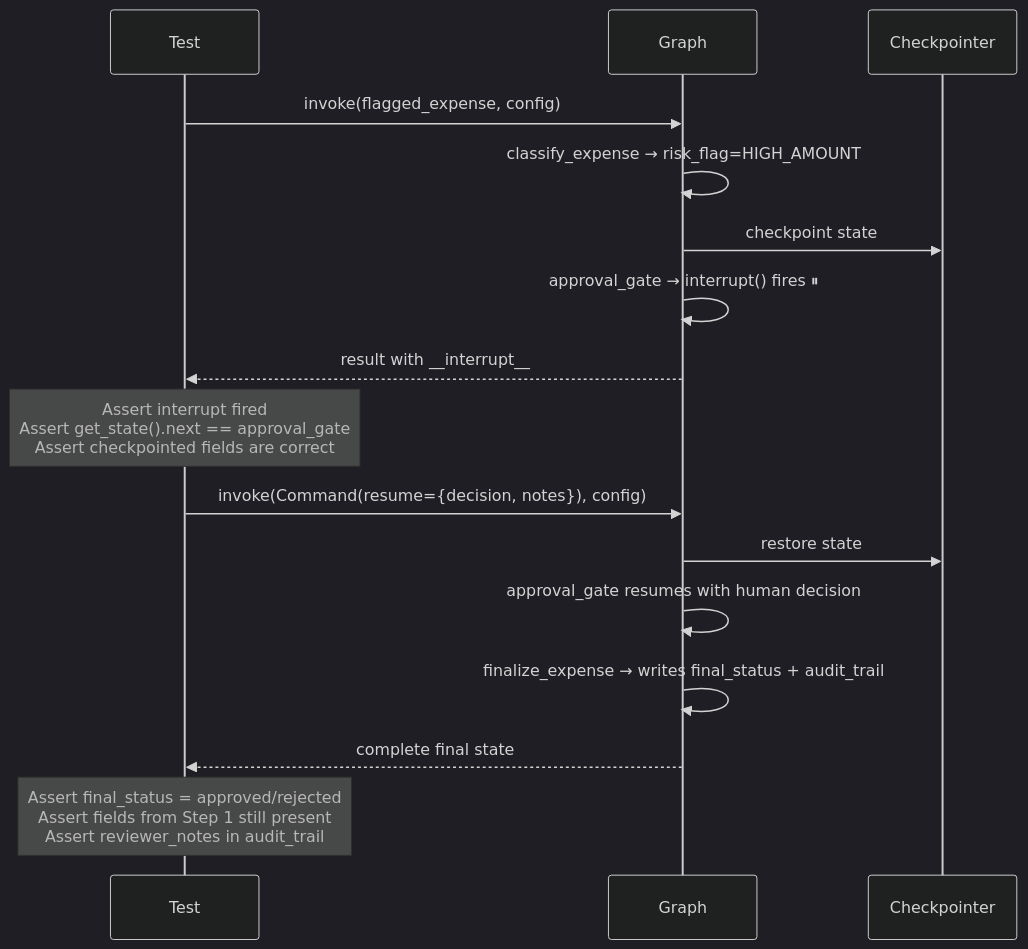
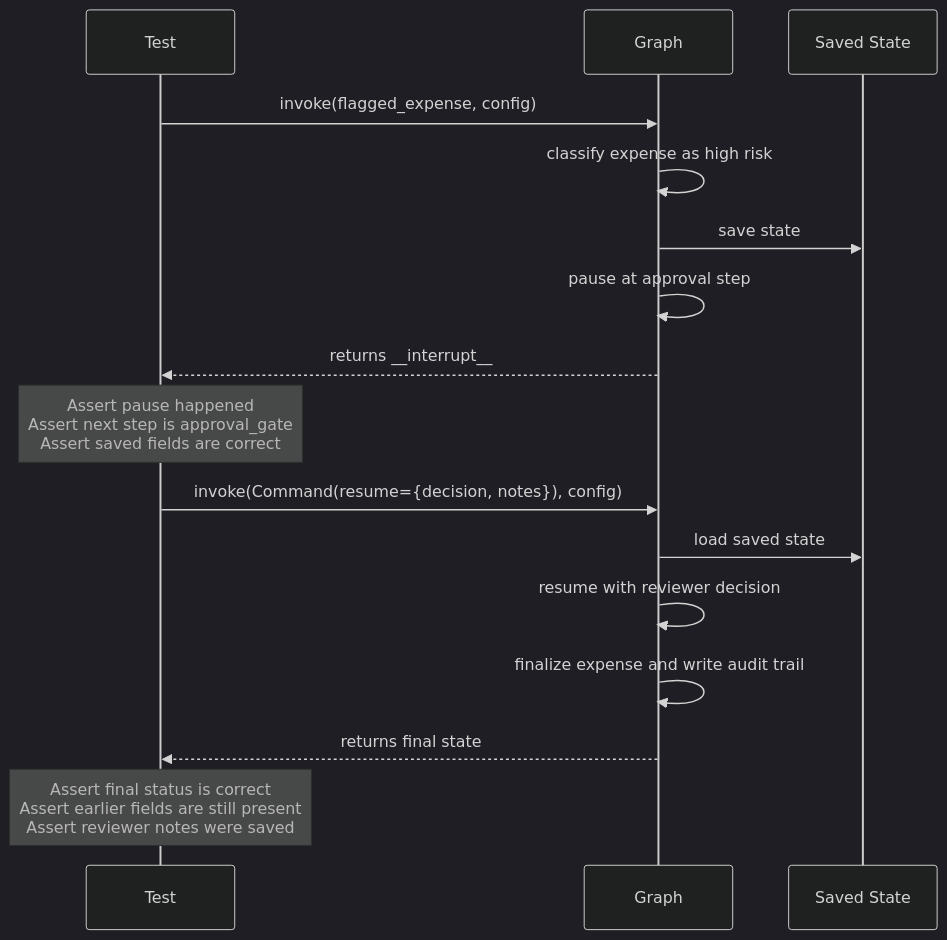
One commit to mohitagr18/langgraph-agent-testing changed the fifth of 7 diagrams in EXPLAINER.md. Above: the diagram before and after it, drawn with Mermaid (dark theme). The commit also changed other lines of this file and 1 other file, not shown here.

````diff
--- a/EXPLAINER.md
+++ b/EXPLAINER.md
@@ -217,22 +219,22 @@
 ```mermaid
 sequenceDiagram
     participant Test
     participant Graph
-    participant Checkpointer
+    participant SavedState as Saved State
 
     Test->>Graph: invoke(flagged_expense, config)
-    Graph->>Graph: classify_expense → risk_flag=HIGH_AMOUNT
-    Graph->>Checkpointer: checkpoint state
-    Graph->>Graph: approval_gate → interrupt() fires ⏸
-    Graph-->>Test: result with __interrupt__
+    Graph->>Graph: classify expense as high risk
+    Graph->>SavedState: save state
+    Graph->>Graph: pause at approval step
+    Graph-->>Test: returns __interrupt__
 
-    Note over Test: Assert interrupt fired<br/>Assert get_state().next == approval_gate<br/>Assert checkpointed fields are correct
+    Note over Test: Assert pause happened<br/>Assert next step is approval_gate<br/>Assert saved fields are correct
 
     Test->>Graph: invoke(Command(resume={decision, notes}), config)
-    Graph->>Checkpointer: restore state
-    Graph->>Graph: approval_gate resumes with human decision
-    Graph->>Graph: finalize_expense → writes final_status + audit_trail
-    Graph-->>Test: complete final state
+    Graph->>SavedState: load saved state
+    Graph->>Graph: resume with reviewer decision
+    Graph->>Graph: finalize expense and write audit trail
+    Graph-->>Test: returns final state
 
-    Note over Test: Assert final_status = approved/rejected<br/>Assert fields from Step 1 still present<br/>Assert reviewer_notes in audit_trail
+    Note over Test: Assert final status is correct<br/>Assert earlier fields are still present<br/>Assert reviewer notes were saved
 ```
````
